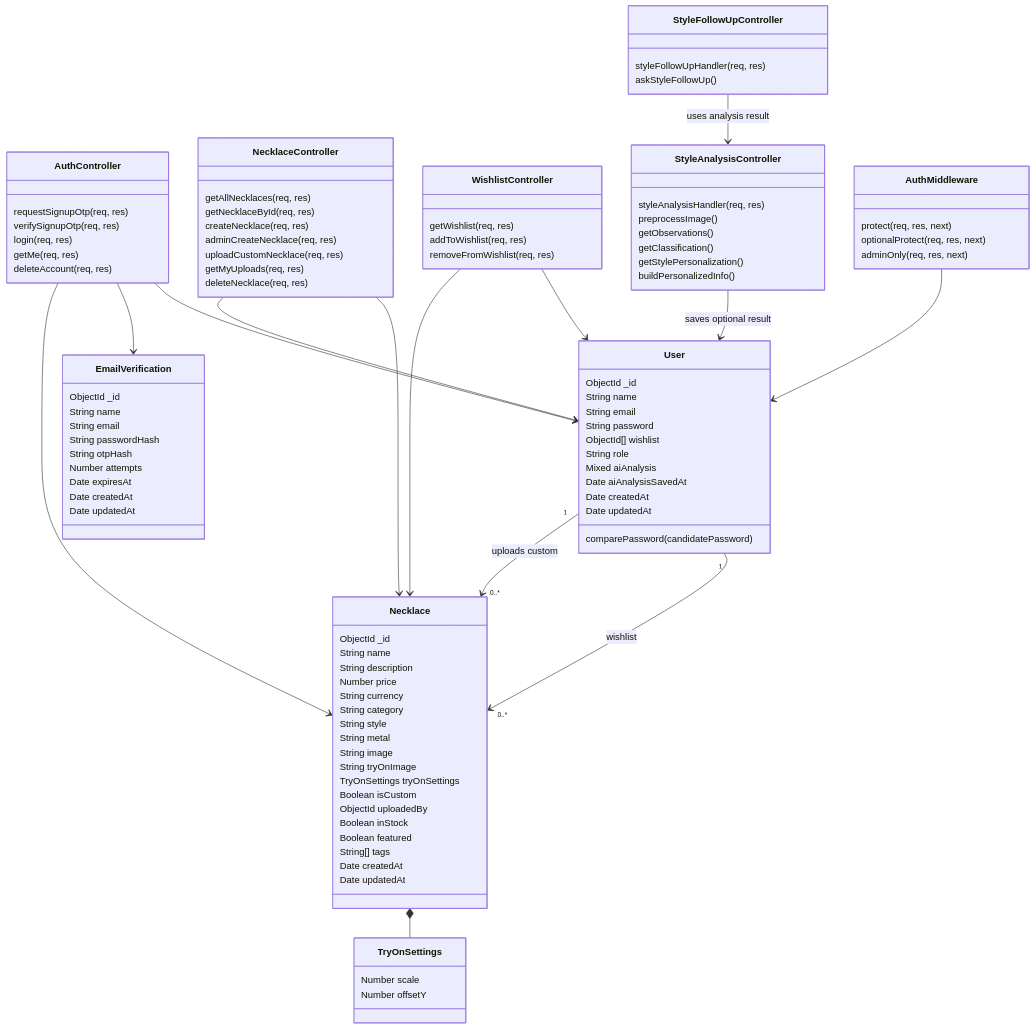
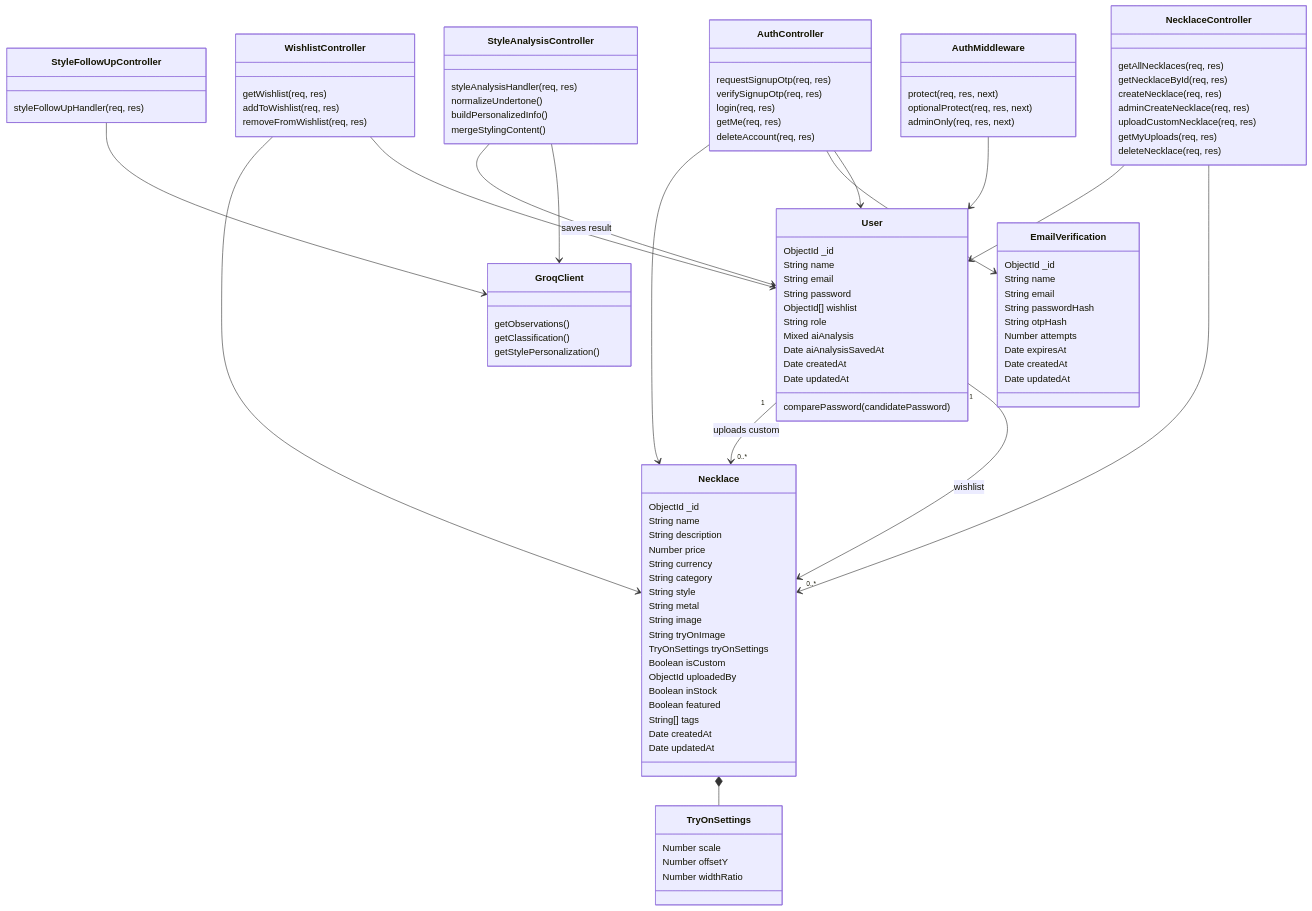
One commit to tiaoueiss/lumiere changed the third of 6 diagrams in docs/uml-diagrams.md. Above: the diagram before and after it, drawn with Mermaid. The commit also changed other lines of this file, not shown here.

Commit message:
updated uml

````diff
--- a/docs/uml-diagrams.md
+++ b/docs/uml-diagrams.md
@@ -88,6 +137,7 @@
   class TryOnSettings {
     Number scale
     Number offsetY
+    Number widthRatio
   }
 
   class EmailVerification {
@@ -128,16 +178,19 @@
 
   class StyleAnalysisController {
     styleAnalysisHandler(req, res)
-    preprocessImage()
+    normalizeUndertone()
+    buildPersonalizedInfo()
+    mergeStylingContent()
+  }
+
+  class GroqClient {
     getObservations()
     getClassification()
     getStylePersonalization()
-    buildPersonalizedInfo()
   }
 
   class StyleFollowUpController {
     styleFollowUpHandler(req, res)
-    askStyleFollowUp()
   }
 
   class AuthMiddleware {
@@ -156,7 +209,8 @@
   NecklaceController --> User
   WishlistController --> User
   WishlistController --> Necklace
-  StyleAnalysisController --> User : saves optional result
-  StyleFollowUpController --> StyleAnalysisController : uses analysis result
+  StyleAnalysisController --> GroqClient
+  StyleAnalysisController --> User : saves result
+  StyleFollowUpController --> GroqClient
   AuthMiddleware --> User
 ```
````
